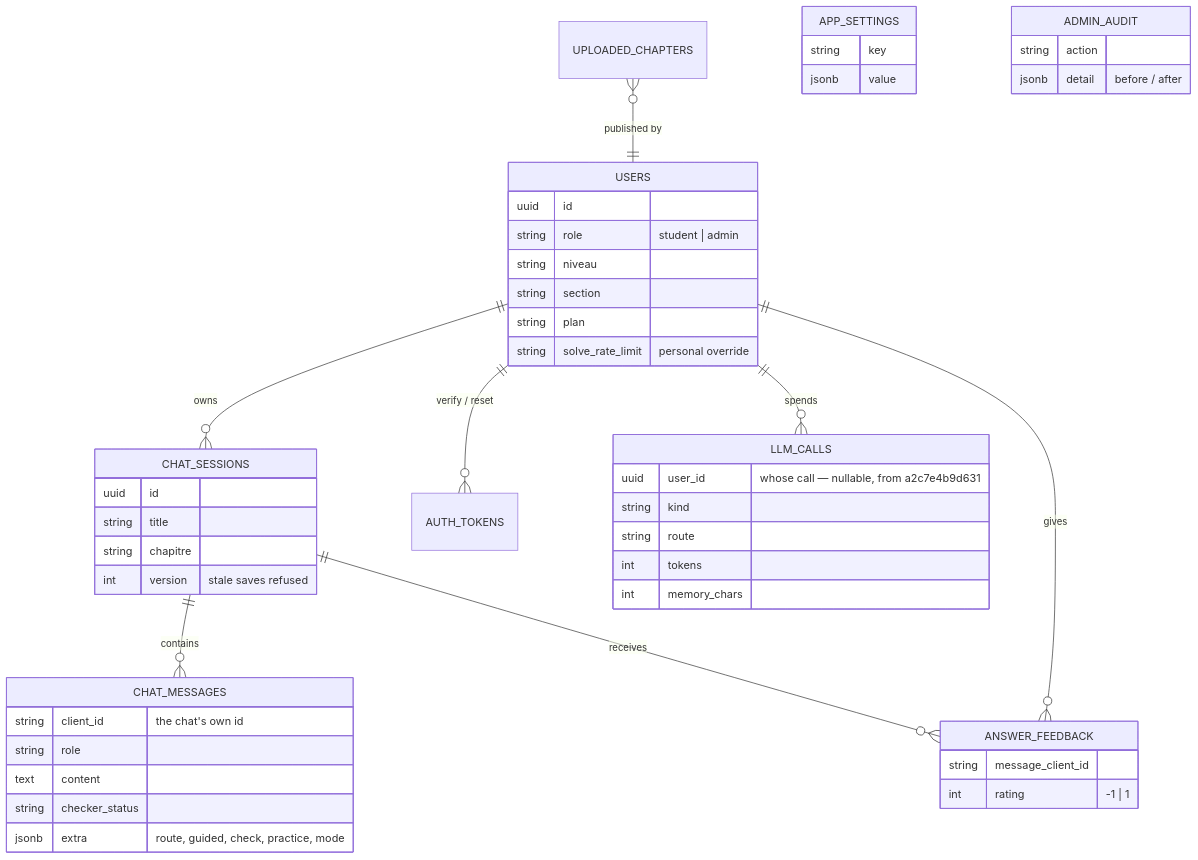
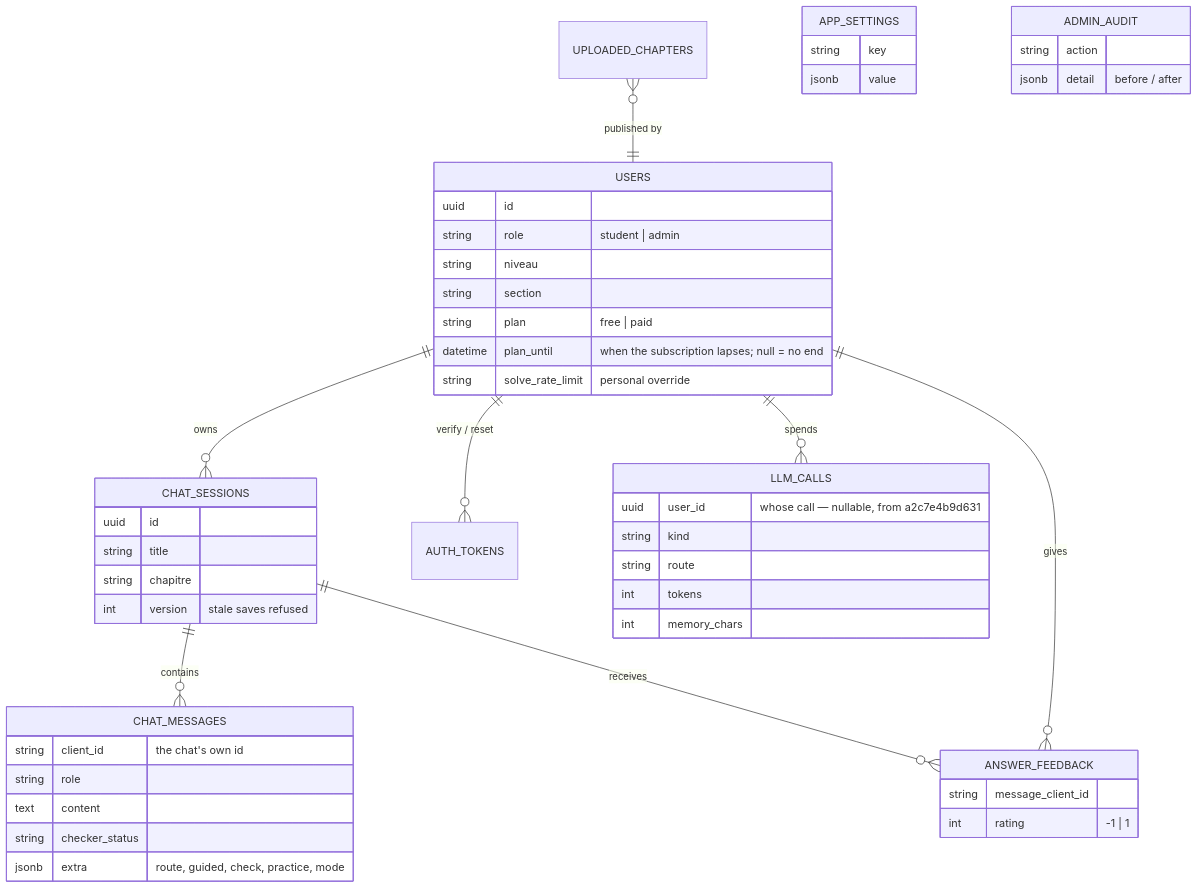
Before and after one commit to Mortadha994/fahem: the sixth of 6 diagrams in README.md, drawn with Mermaid. The commit also changed other lines of this file and 11 other files, not shown here.

````diff
--- a/README.md
+++ b/README.md
@@ -275,51 +283,52 @@
 ```mermaid
 erDiagram
     USERS ||--o{ CHAT_SESSIONS : owns
     CHAT_SESSIONS ||--o{ CHAT_MESSAGES : contains
     CHAT_SESSIONS ||--o{ ANSWER_FEEDBACK : receives
     USERS ||--o{ ANSWER_FEEDBACK : gives
     USERS ||--o{ AUTH_TOKENS : "verify / reset"
     USERS ||--o{ LLM_CALLS : spends
     UPLOADED_CHAPTERS }o--|| USERS : "published by"
 
     USERS {
         uuid id
         string role "student | admin"
         string niveau
         string section
-        string plan
+        string plan "free | paid"
+        datetime plan_until "when the subscription lapses; null = no end"
         string solve_rate_limit "personal override"
     }
     CHAT_SESSIONS {
         uuid id
         string title
         string chapitre
         int version "stale saves refused"
     }
     CHAT_MESSAGES {
         string client_id "the chat's own id"
         string role
         text content
         string checker_status
         jsonb extra "route, guided, check, practice, mode"
     }
     ANSWER_FEEDBACK {
         string message_client_id
         int rating "-1 | 1"
     }
     LLM_CALLS {
         uuid user_id "whose call — nullable, from a2c7e4b9d631"
         string kind
         string route
         int tokens
         int memory_chars
     }
     APP_SETTINGS {
         string key
         jsonb value
     }
     ADMIN_AUDIT {
         string action
         jsonb detail "before / after"
     }
 ```
````
